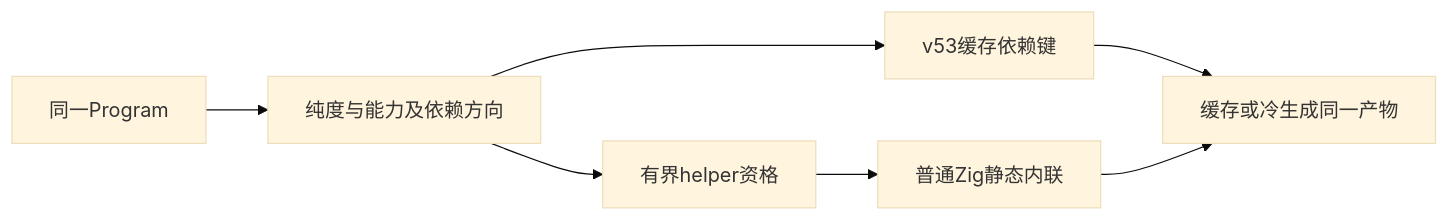
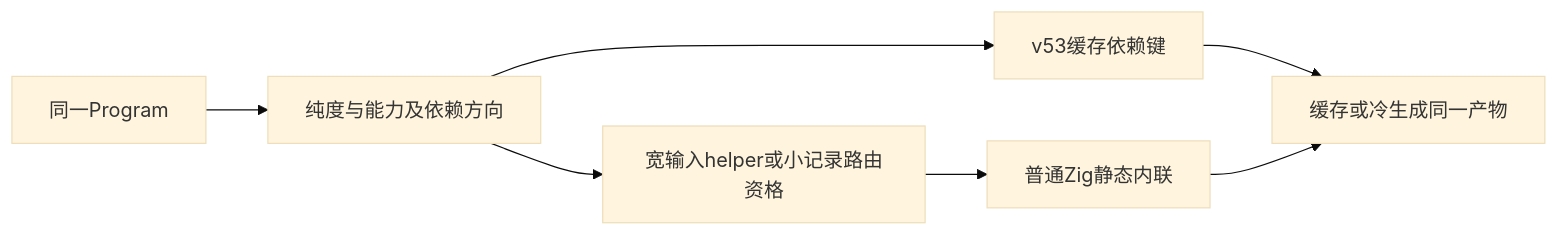
Before and after one commit to MatrixAges/zxc: the fourth of 5 diagrams in docs/2026-11-04/Source求值剩余成本.md, drawn with Mermaid (base theme). The commit also changed other lines of this file and 3 other files, not shown here.

````diff
--- a/docs/2026-11-04/Source求值剩余成本.md
+++ b/docs/2026-11-04/Source求值剩余成本.md
@@ -188,9 +188,9 @@
 ```mermaid
 flowchart LR
     I[同一Program] --> C[纯度与能力及依赖方向]
-    C --> E[有界helper资格]
+    C --> E[宽输入helper或小记录路由资格]
     E --> G[普通Zig静态内联]
     C --> K[v53缓存依赖键]
     K --> O[缓存或冷生成同一产物]
     G --> O
 ```
````
